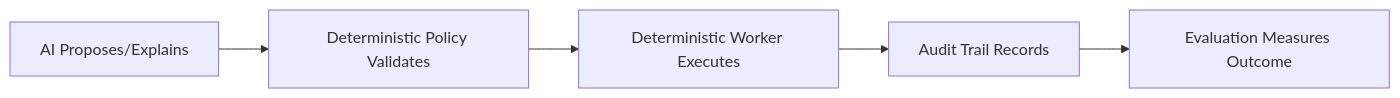
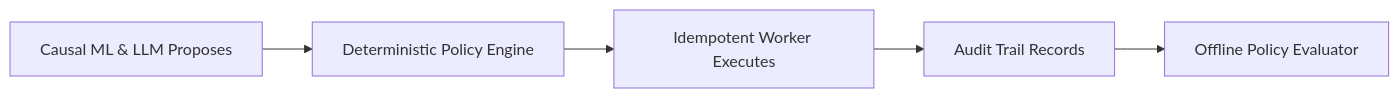
One commit to Surya-5555/FinTech-AI-05 changed the diagram in README.md. Above: the diagram before and after it, drawn with Mermaid. The commit also changed other lines of this file, not shown here.

First line of the commit message:
docs: rewrite README to feature dual-validation architecture and scientific accuracy

````diff
--- a/README.md
+++ b/README.md
@@ -10,7 +26,7 @@
 ```mermaid
 flowchart LR
-    A[AI Proposes/Explains] --> B[Deterministic Policy Validates]
-    B --> C[Deterministic Worker Executes]
+    A[Causal ML & LLM Proposes] --> B[Deterministic Policy Engine]
+    B --> C[Idempotent Worker Executes]
     C --> D[Audit Trail Records]
-    D --> E[Evaluation Measures Outcome]
+    D --> E[Offline Policy Evaluator]
 ```
````
